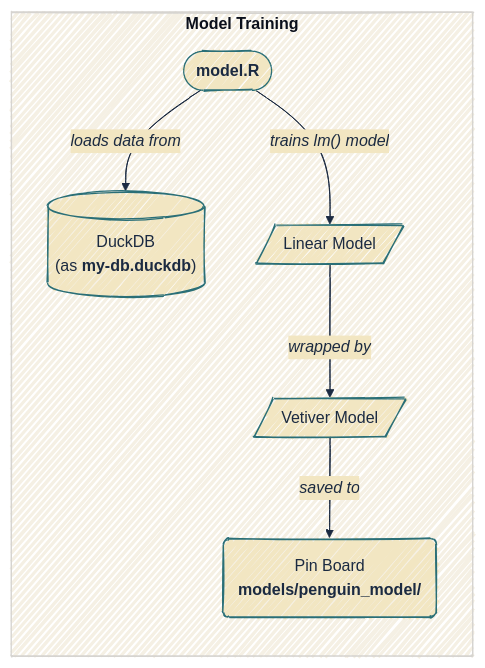
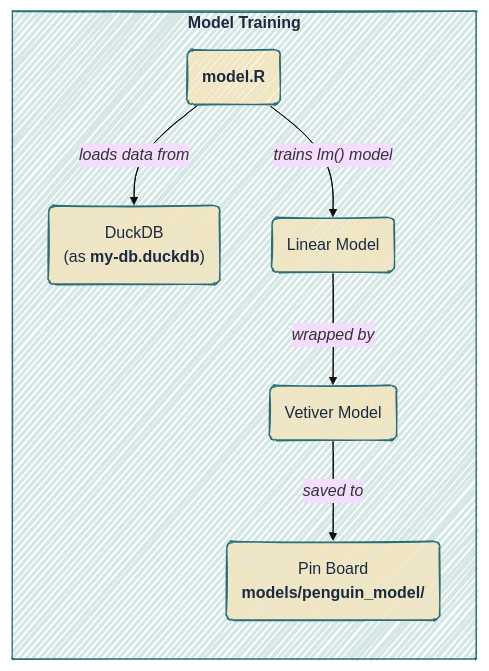
Before and after one commit to mjfrigaard/do4ds-labs: the second of 7 diagrams in plumber2.qmd, drawn with Mermaid. The commit also changed other lines of this file and 37 other files, not shown here.

Commit message:
updates to mermaid

````diff
--- a/plumber2.qmd
+++ b/plumber2.qmd
@@ -170,17 +173,19 @@
 ```{mermaid}
 %%| fig-width: 7.0
 %%| fig-align: center
-%%{init: {'theme': 'base', 'look': 'handDrawn', 'themeVariables': { 'fontFamily': 'monospace', 'primaryColor': '#F2E6C2', 'primaryBorderColor': '#2A6F77', 'primaryTextColor': '#1B2A41', 'secondaryColor': '#d4e7e4', 'tertiaryColor': '#f5f0e4', 'lineColor': '#1B2A41', 'edgeLabelBackground': '#F2E6C2'}}}%%
+%%{init: {'theme': 'base', 'look': 'handDrawn', 'themeVariables': {'fontFamily': 'monospace'}}}%%
 
 graph LR
     subgraph Training["<strong>Model Training</strong>"]
-        ModelR(["<strong>model.R</strong>"])
-        DuckDB[("DuckDB <br> (as <strong>my-db.duckdb</strong>)")]
-        PinBoard("Pin Board<br/><strong>models/penguin_model/</strong>")
+        ModelR("<strong>model.R</strong>")
+        DuckDB("DuckDB <br> (as <strong>my-db.duckdb</strong>)")
+        PinBoard("Pin Board<br><strong>models/penguin_model/</strong>")
 
         ModelR -->|"<em>loads data from</em>"| DuckDB
-        ModelR -->|"<em>trains lm() model</em>"| LM[/"Linear Model"/]
-        LM -->|"<em>wrapped by</em>"| Vetiver[/"Vetiver Model"/]
+        ModelR -->|"<em>trains lm() model</em>"| LM("Linear Model")
+        LM -->|"<em>wrapped by</em>"| Vetiver("Vetiver Model")
         Vetiver -->|"<em>saved to</em>"| PinBoard
     end
+    classDef default fill:#F2E6C2,stroke:#2A6F77,color:#1B2A41
+    style Training fill:#d4e7e4,stroke:#2A6F77,color:#1B2A41
 ```
````
